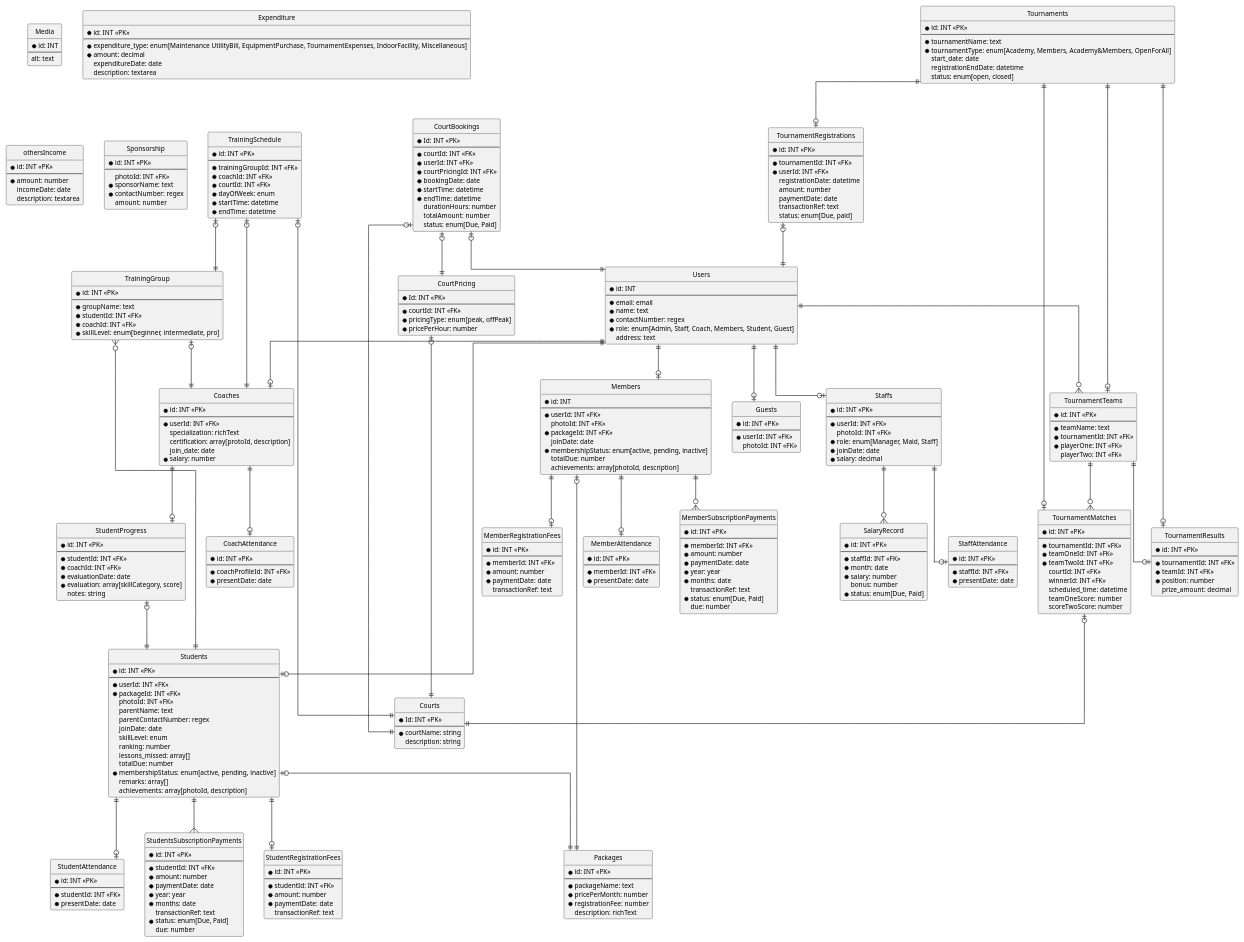
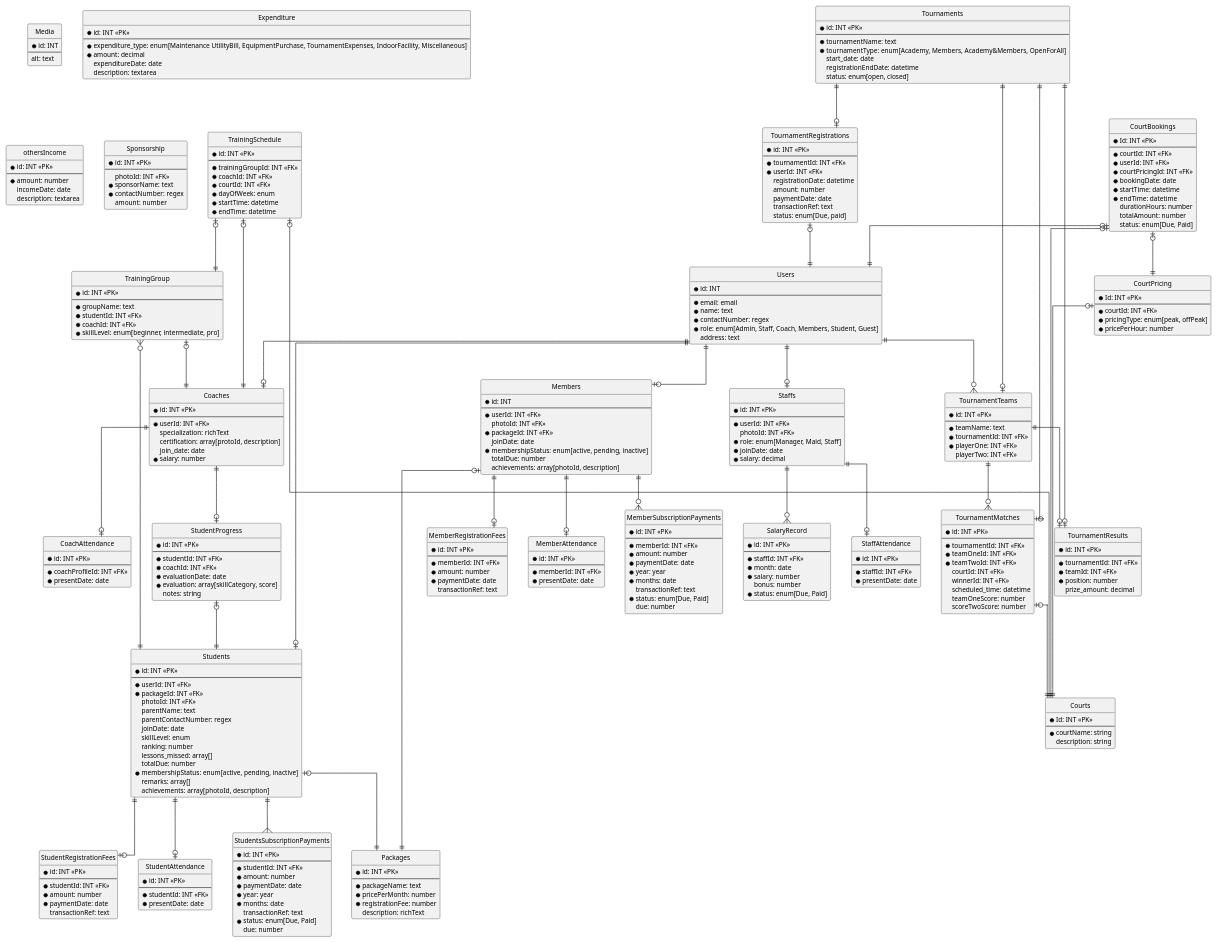
One commit to Badhon303/uusc-ims changed the diagram in docs/uusc-erd.puml. Above: the diagram before and after it, drawn with PlantUML. The commit also changed 5 other files, not shown here.

```diff
--- a/docs/uusc-erd.puml
+++ b/docs/uusc-erd.puml
@@ -52,13 +52,6 @@
   *membershipStatus: enum[active, pending, inactive]
   remarks: array[]
   achievements: array[photoId, description]
-}
-
-entity Guests {
-  *id: INT <<PK>>
-  --
-  *userId: INT <<FK>>
-  photoId: INT <<FK>>
 }
 
 entity Staffs {
@@ -344,7 +337,6 @@
 
 Users ||--o| Members
 Users ||--o| Students
-Users ||--o| Guests
 Users ||--o| Staffs
 Users ||--o| Coaches
 
```
